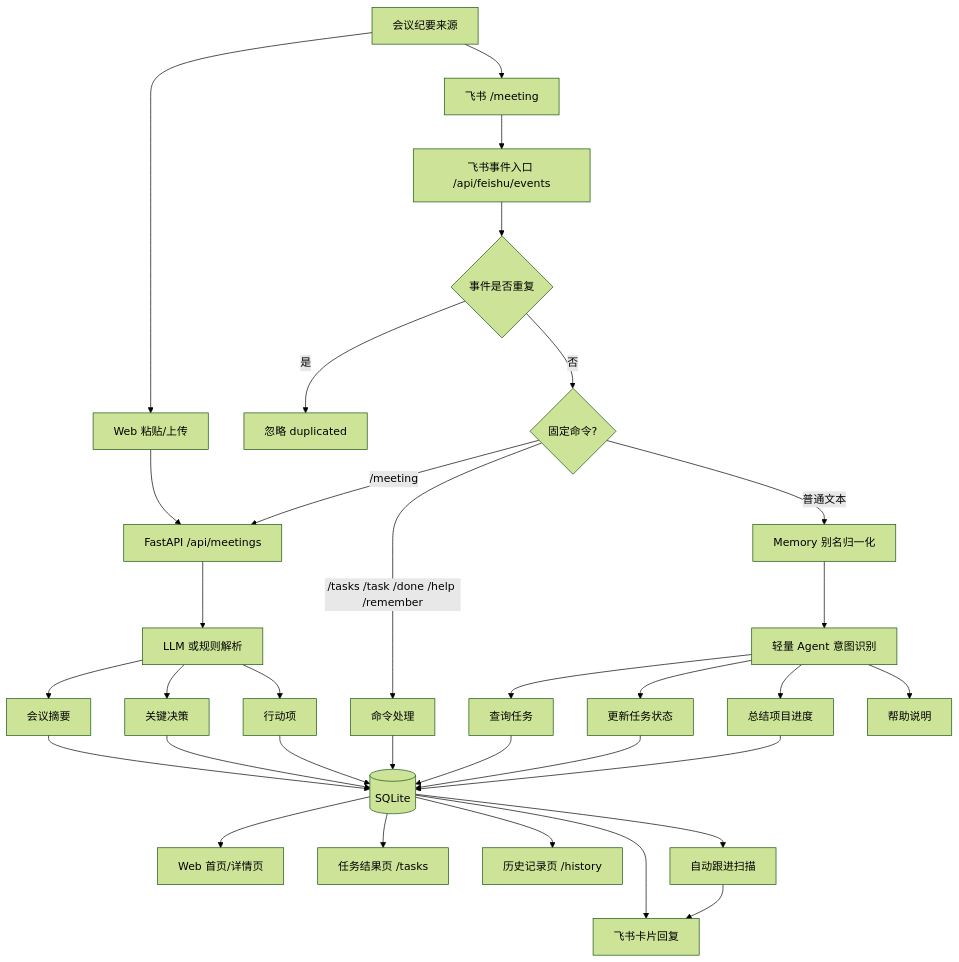
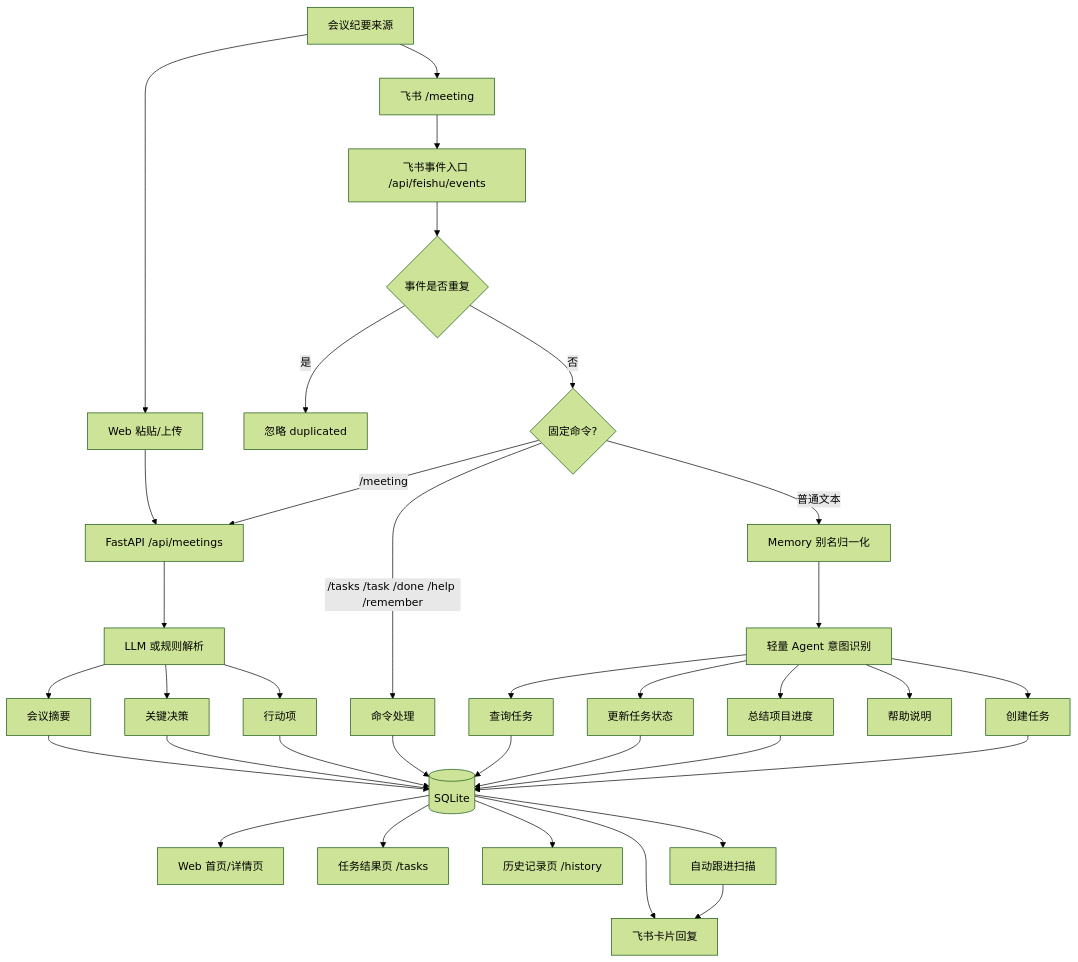
The first of 2 diagrams in README.md (Ping-z330/action_bridge), drawn with Mermaid (forest theme) before and after one commit. The commit also changed other lines of this file and 6 other files, not shown here.

````diff
--- a/README.md
+++ b/README.md
@@ -31,44 +31,46 @@
 ```mermaid
 flowchart TD
     A[会议纪要来源] --> A1[Web 粘贴/上传]
     A --> A2[飞书 /meeting]
 
     A1 --> B[FastAPI /api/meetings]
     A2 --> C[飞书事件入口 /api/feishu/events]
 
     C --> C1{事件是否重复}
     C1 -->|是| C2[忽略 duplicated]
     C1 -->|否| D{固定命令?}
 
     D -->|/meeting| B
     D -->|/tasks /task /done /help /remember| E[命令处理]
     D -->|普通文本| F0[Memory 别名归一化]
     F0 --> F[轻量 Agent 意图识别]
 
     B --> G[LLM 或规则解析]
     G --> G1[会议摘要]
     G --> G2[关键决策]
     G --> G3[行动项]
 
     G1 --> H[(SQLite)]
     G2 --> H
     G3 --> H
 
     F --> F1[查询任务]
     F --> F2[更新任务状态]
     F --> F3[总结项目进度]
     F --> F4[帮助说明]
+    F --> F5[创建任务]
 
     E --> H
     F1 --> H
     F2 --> H
     F3 --> H
+    F5 --> H
 
     H --> I[Web 首页/详情页]
     H --> J[任务结果页 /tasks]
     H --> K[历史记录页 /history]
     H --> L[飞书卡片回复]
 
     H --> M[自动跟进扫描]
     M --> L
 ```
````
